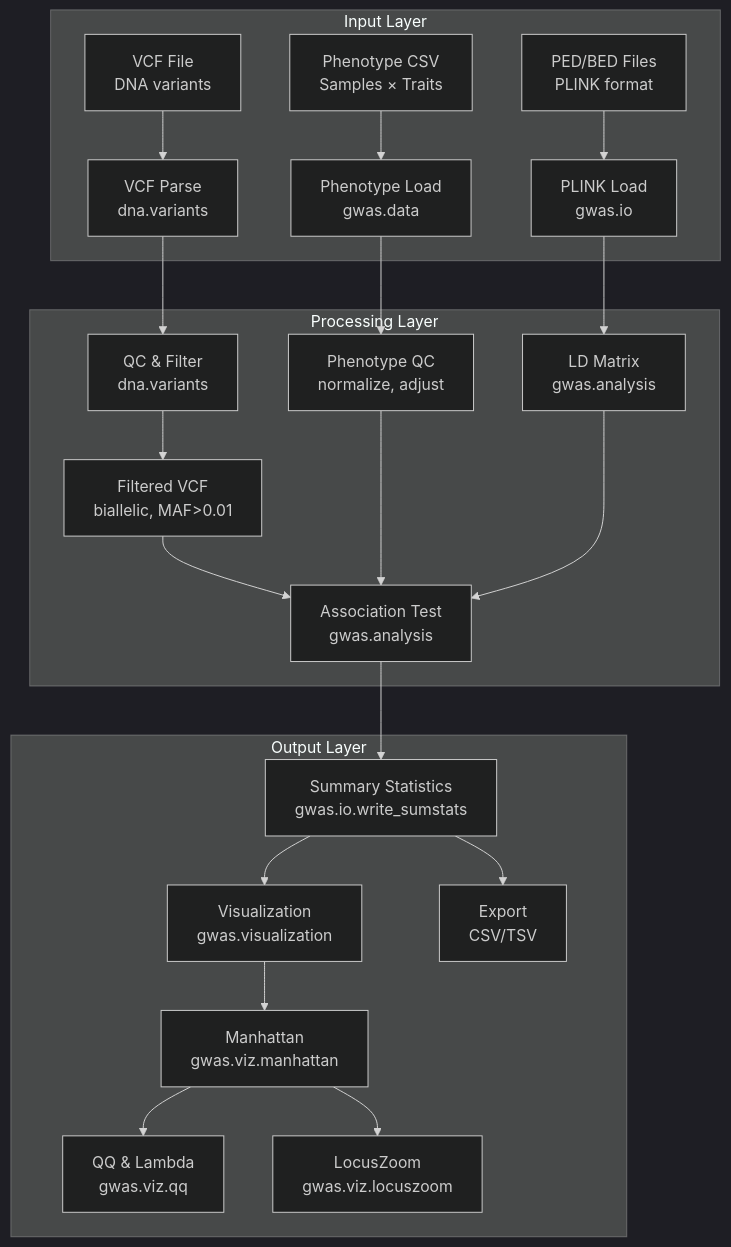
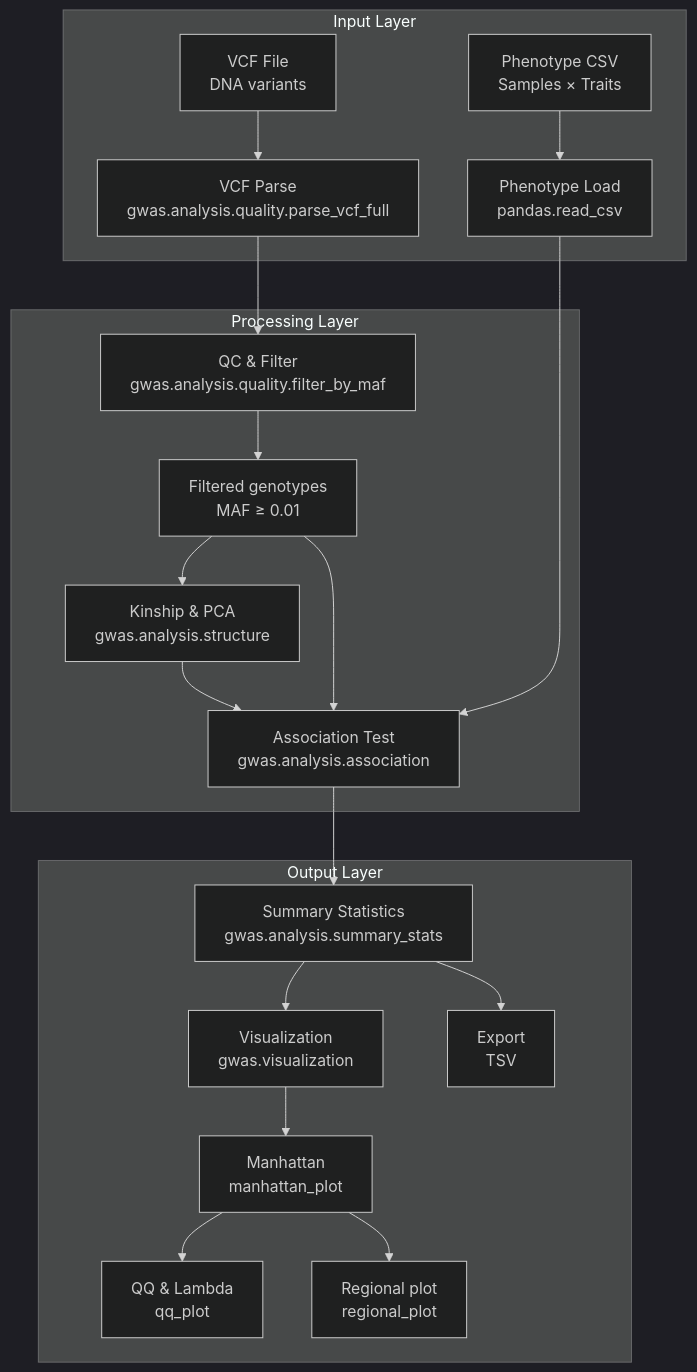
The diagram in docs/INTEGRATION.md (docxology/MetaInformAnt), drawn with Mermaid (dark theme) before and after one commit. The commit also changed other lines of this file and 532 other files, not shown here.

````diff
--- a/docs/INTEGRATION.md
+++ b/docs/INTEGRATION.md
@@ -9,27 +9,25 @@
 ```mermaid
 graph TD
     subgraph "Input Layer"
-        VCF[VCF File<br/>DNA variants] --> VC[VCF Parse<br/>dna.variants]
-        PED[PED/BED Files<br/>PLINK format] --> PL[PLINK Load<br/>gwas.io]
-        PH[Phenotype CSV<br/>Samples × Traits] --> PHI[Phenotype Load<br/>gwas.data]
+        VCF[VCF File<br/>DNA variants] --> VC[VCF Parse<br/>gwas.analysis.quality.parse_vcf_full]
+        PH[Phenotype CSV<br/>Samples × Traits] --> PHI[Phenotype Load<br/>pandas.read_csv]
     end
 
     subgraph "Processing Layer"
-        VC -->clean1[QC & Filter<br/>dna.variants]
-        clean1 --> VF[Filtered VCF<br/>biallelic, MAF>0.01]
-        PL --> LD[LD Matrix<br/>gwas.analysis]
-        VF --> GWA[Association Test<br/>gwas.analysis]
-        PHI --> PHq[Phenotype QC<br/>normalize, adjust]
-        PHq --> GWA
-        LD --> GWA
+        VC -->clean1[QC & Filter<br/>gwas.analysis.quality.filter_by_maf]
+        clean1 --> VF[Filtered genotypes<br/>MAF ≥ 0.01]
+        VF --> KIN[Kinship & PCA<br/>gwas.analysis.structure]
+        VF --> GWA[Association Test<br/>gwas.analysis.association]
+        PHI --> GWA
+        KIN --> GWA
     end
 
     subgraph "Output Layer"
-        GWA --> sumstats[Summary Statistics<br/>gwas.io.write_sumstats]
+        GWA --> sumstats[Summary Statistics<br/>gwas.analysis.summary_stats]
         sumstats --> VIZ[Visualization<br/>gwas.visualization]
-        VIZ --> FH[Manhattan<br/>gwas.viz.manhattan]
-        FH --> QQ[QQ & Lambda<br/>gwas.viz.qq]
-        FH --> LZ[LocusZoom<br/>gwas.viz.locuszoom]
-        sumstats --> EXP[Export<br/>CSV/TSV]
+        VIZ --> FH[Manhattan<br/>manhattan_plot]
+        FH --> QQ[QQ & Lambda<br/>qq_plot]
+        FH --> LZ[Regional plot<br/>regional_plot]
+        sumstats --> EXP[Export<br/>TSV]
     end
 ```
````
